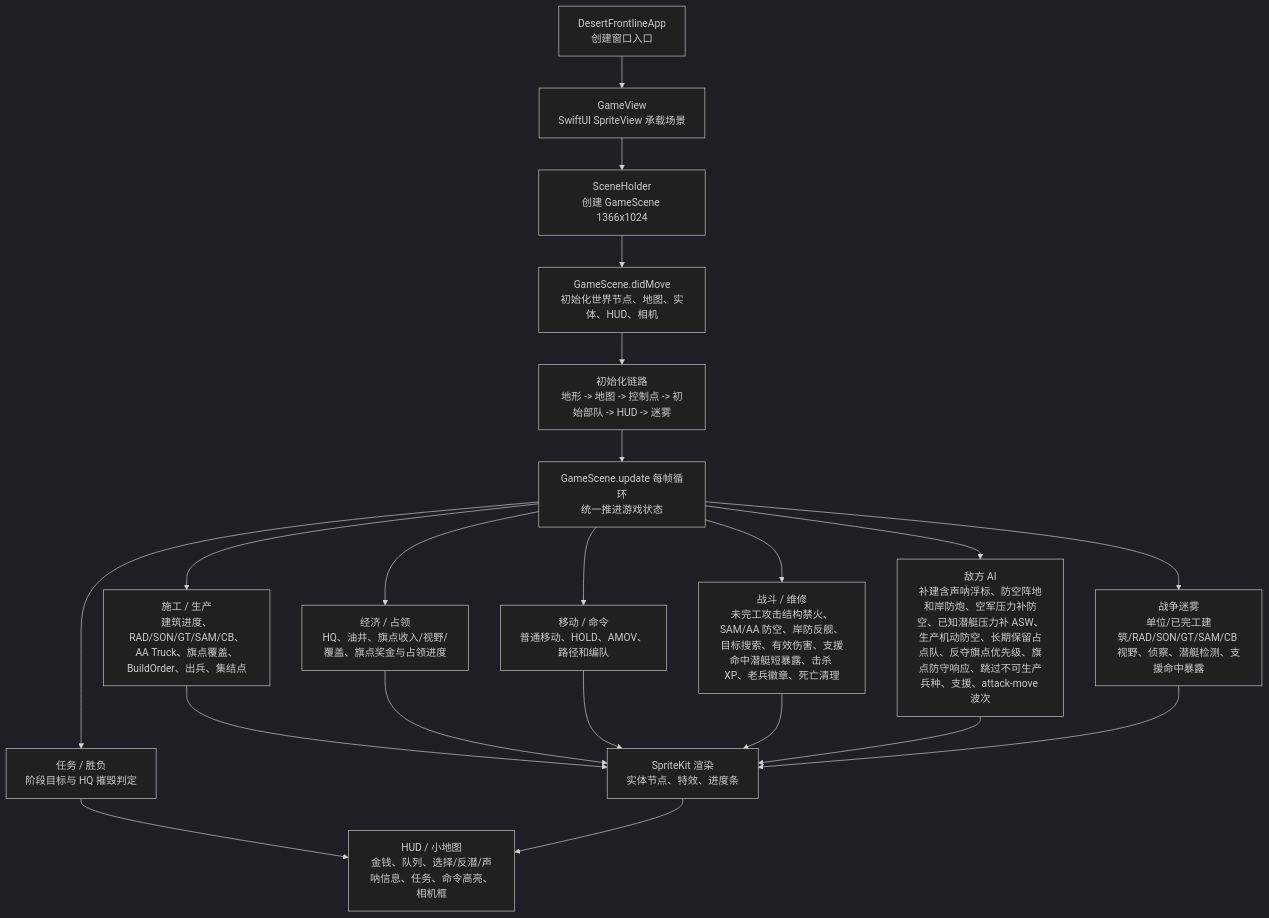
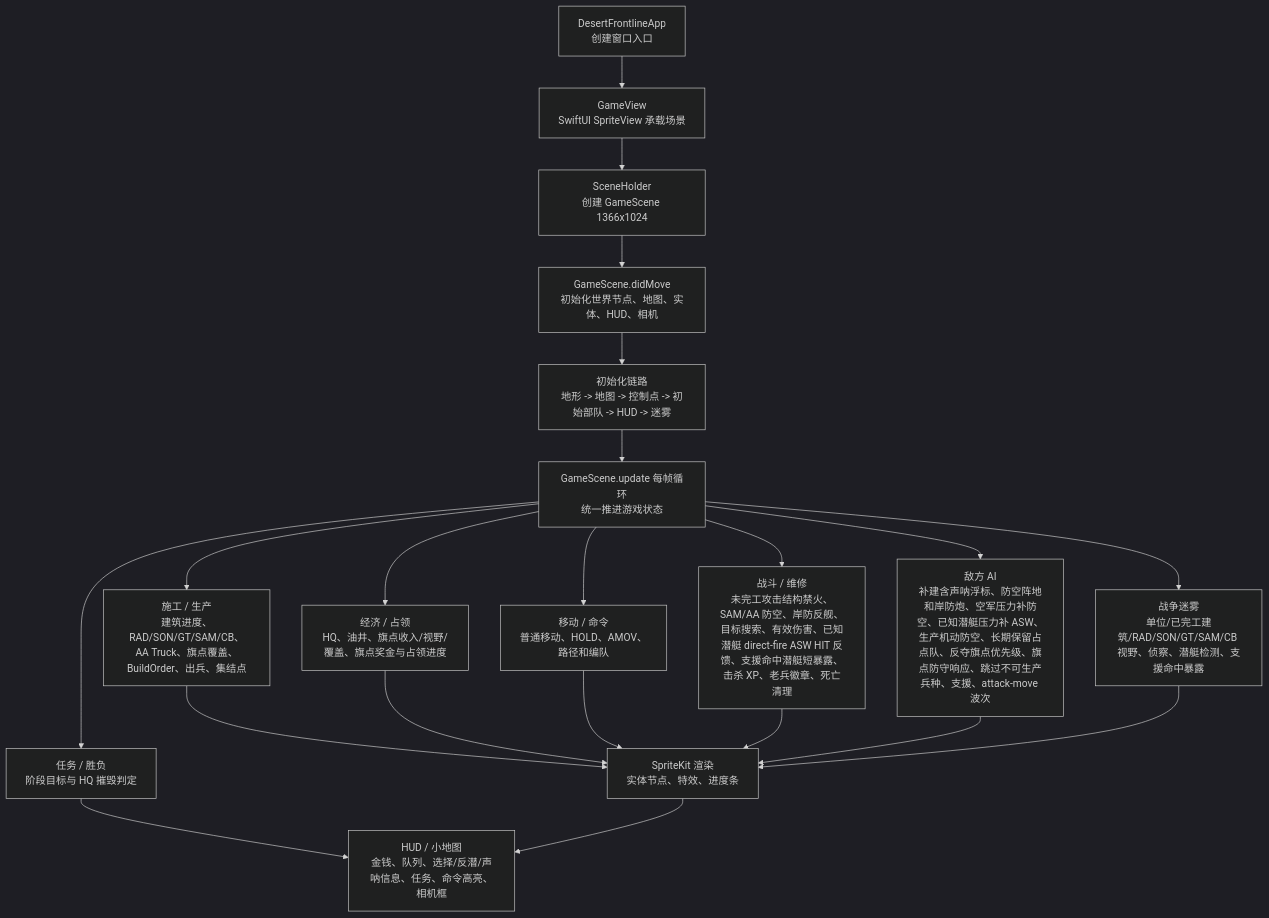
Before and after one commit to Altman-sam114/1145: the first of 3 diagrams in md/flow/flowchart.md, drawn with Mermaid (dark theme). The commit also changed 4 other files, not shown here.

````diff
--- a/md/flow/flowchart.md
+++ b/md/flow/flowchart.md
@@ -9,23 +9,23 @@
 ```mermaid
 flowchart TD
   App["DesertFrontlineApp\n创建窗口入口"] --> View["GameView\nSwiftUI SpriteView 承载场景"]
   View --> Holder["SceneHolder\n创建 GameScene 1366x1024"]
   Holder --> Scene["GameScene.didMove\n初始化世界节点、地图、实体、HUD、相机"]
   Scene --> Init["初始化链路\n地形 -> 地图 -> 控制点 -> 初始部队 -> HUD -> 迷雾"]
   Init --> Loop["GameScene.update 每帧循环\n统一推进游戏状态"]
   Loop --> Build["施工 / 生产\n建筑进度、RAD/SON/GT/SAM/CB、AA Truck、旗点覆盖、BuildOrder、出兵、集结点"]
   Loop --> Economy["经济 / 占领\nHQ、油井、旗点收入/视野/覆盖、旗点奖金与占领进度"]
   Loop --> Commands["移动 / 命令\n普通移动、HOLD、AMOV、路径和编队"]
-  Loop --> Combat["战斗 / 维修\n未完工攻击结构禁火、SAM/AA 防空、岸防反舰、目标搜索、有效伤害、支援命中潜艇短暴露、击杀 XP、老兵徽章、死亡清理"]
+  Loop --> Combat["战斗 / 维修\n未完工攻击结构禁火、SAM/AA 防空、岸防反舰、目标搜索、有效伤害、已知潜艇 direct-fire ASW HIT 反馈、支援命中潜艇短暴露、击杀 XP、老兵徽章、死亡清理"]
   Loop --> AI["敌方 AI\n补建含声呐浮标、防空阵地和岸防炮、空军压力补防空、已知潜艇压力补 ASW、生产机动防空、长期保留占点队、反夺旗点优先级、旗点防守响应、跳过不可生产兵种、支援、attack-move 波次"]
   Loop --> Fog["战争迷雾\n单位/已完工建筑/RAD/SON/GT/SAM/CB 视野、侦察、潜艇检测、支援命中暴露"]
   Loop --> Mission["任务 / 胜负\n阶段目标与 HQ 摧毁判定"]
   Build --> Render["SpriteKit 渲染\n实体节点、特效、进度条"]
   Economy --> Render
   Commands --> Render
   Combat --> Render
   AI --> Render
   Fog --> Render
   Mission --> HUD["HUD / 小地图\n金钱、队列、选择/反潜/声呐信息、任务、命令高亮、相机框"]
   Render --> HUD
 ```
````
